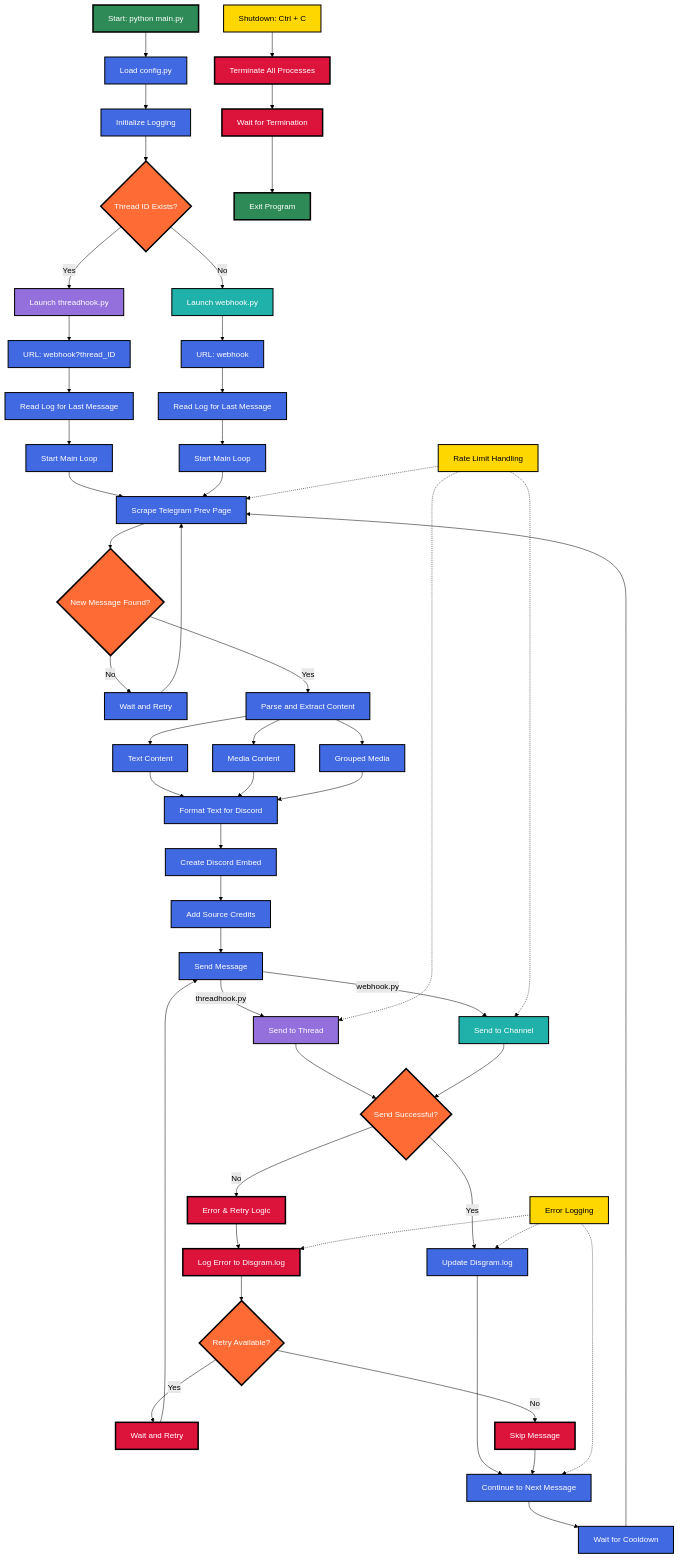
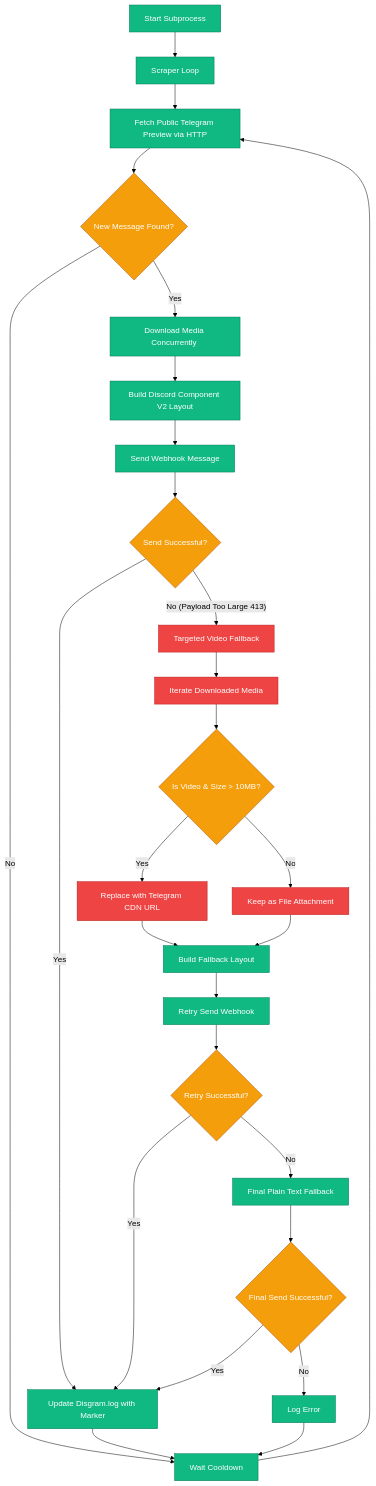
One commit to Telecord-Disgram/NaviaMains-HSRFeed changed the second of 4 diagrams in README.md. Above: the diagram before and after it, drawn with Mermaid (forest theme). The commit also changed other lines of this file, not shown here.

````diff
--- a/README.md
+++ b/README.md
@@ -6,81 +54,40 @@
 ```mermaid
-flowchart TD
-    A[Start: python main.py] --> B[Load config.py]
-    B --> C[Initialize Logging]
-    C --> D{Thread ID Exists?}
-    D --> |Yes| E[Launch threadhook.py]
-    D --> |No| F[Launch webhook.py]
+graph TD
+    Startbot[Start Subprocess] --> ScraperLoop[Scraper Loop]
+    ScraperLoop --> FetchTG[Fetch Public Telegram Preview via HTTP]
+    FetchTG --> ParseTG{New Message Found?}
+    ParseTG -- No --> Cooldown[Wait Cooldown]
+    Cooldown --> FetchTG
     
-    %% threadhook.py workflow
-    E --> G1[URL: webhook?thread_ID]
-    G1 --> H1[Read Log for Last Message]
-    H1 --> I1[Start Main Loop]
+    ParseTG -- Yes --> GetMedia[Download Media Concurrently <max 8 workers>]
+    GetMedia --> BuildLayout[Build Discord Component V2 Layout]
+    BuildLayout --> SendWebhook[Send Webhook Message]
+    
+    SendWebhook --> Success{Send Successful?}
+    Success -- Yes --> UpdateLog[Update Disgram.log with Marker]
+    UpdateLog --> Cooldown
+    
+    Success -- No (Payload Too Large 413) --> ApplyFallback[Targeted Video Fallback]
+    ApplyFallback --> LoopMedia[Iterate Downloaded Media]
+    LoopMedia --> ExcludeVideos{Is Video & Size > 10MB?}
+    ExcludeVideos -- Yes --> ReplaceWithCDN[Replace with Telegram CDN URL]
+    ExcludeVideos -- No --> KeepAttachment[Keep as File Attachment]
+    ReplaceWithCDN --> BuildFallbackLayout[Build Fallback Layout]
+    KeepAttachment --> BuildFallbackLayout
+    BuildFallbackLayout --> RetryWebhook[Retry Send Webhook]
+    
+    RetryWebhook --> SuccessFallback{Retry Successful?}
+    SuccessFallback -- Yes --> UpdateLog
+    SuccessFallback -- No --> PlainTextFallback[Final Plain Text Fallback]
+    PlainTextFallback --> SuccessFinal{Final Send Successful?}
+    SuccessFinal -- Yes --> UpdateLog
+    SuccessFinal -- No --> LogError[Log Error]
+    LogError --> Cooldown
 
-    %% webhook.py workflow
-    F --> G2[URL: webhook]
-    G2 --> H2[Read Log for Last Message]
-    H2 --> I2[Start Main Loop]
-    
-    %% Common workflow for both scripts
-    I1 --> J[Scrape Telegram Prev Page]
-    I2 --> J
-    J --> K{New Message Found?}
-    K --> |No| L[Wait and Retry]
-    L --> J
-    K --> |Yes| M[Parse and Extract Content]
-    M --> N[Text Content]
-    M --> O[Media Content] 
-    M --> P[Grouped Media]
-    N --> Q[Format Text for Discord]
-    O --> Q
-    P --> Q
-    Q --> R[Create Discord Embed]
-    R --> S[Add Source Credits]
-    S --> T[Send Message]
-    T --> |threadhook.py| U[Send to Thread]
-    T --> |webhook.py| V[Send to Channel]
-    U --> W{Send Successful?}
-    V --> W
-    W --> |No| X[Error & Retry Logic]
-    X --> Y[Log Error to Disgram.log]
-    Y --> Z{Retry Available?}
-    Z --> |Yes| AA[Wait and Retry]
-    AA --> T
-    Z --> |No| AB[Skip Message]
-    W --> |Yes| AC[Update Disgram.log]
-    AC --> AD[Continue to Next Message]
-    AB --> AD
-    AD --> AE[Wait for Cooldown]
-    AE --> J
-
-    %% Error Logging
-    AF[Error Logging] -.-> Y
-    AF -.-> AC
-    AF -.-> AD
-
-    %% Rate Limit Handling
-    AG[Rate Limit Handling] -.-> U
-    AG -.-> J
-    AG -.-> V
-
-    %% Shutdown
-    AH[Shutdown: Ctrl + C] --> AI[Terminate All Processes]
-    AI --> AJ[Wait for Termination]
-    AJ --> AK[Exit Program]
-
-    classDef startEnd fill:#2E8B57,stroke:#000,stroke-width:3px,color:#fff
-    classDef process fill:#4169E1,stroke:#000,stroke-width:2px,color:#fff
-    classDef decision fill:#FF6B35,stroke:#000,stroke-width:3px,color:#fff
-    classDef error fill:#DC143C,stroke:#000,stroke-width:3px,color:#fff
-    classDef support fill:#FFD700,stroke:#000,stroke-width:2px,color:#000
-    classDef thread fill:#9370DB,stroke:#000,stroke-width:2px,color:#fff
-    classDef channel fill:#20B2AA,stroke:#000,stroke-width:2px,color:#fff
-    
-    class A,AK startEnd
-    class B,C,G1,G2,H1,H2,I1,I2,J,L,M,N,O,P,Q,R,S,T,AC,AD,AE process
-    class D,K,W,Z decision
-    class X,Y,AA,AB,AI,AJ error
-    class AF,AG,AH support
-    class E,U thread
-    class F,V channel
+    classDef loop fill:#10b981,stroke:#047857,color:#fff
+    classDef decis fill:#f59e0b,stroke:#b45309,color:#fff
+    classDef fallback fill:#ef4444,stroke:#b91c1c,color:#fff
+    class Startbot,ScraperLoop,FetchTG,Cooldown,GetMedia,BuildLayout,SendWebhook,UpdateLog,BuildFallbackLayout,RetryWebhook,PlainTextFallback,LogError loop
+    class ParseTG,Success,ExcludeVideos,SuccessFallback,SuccessFinal decis
+    class ApplyFallback,LoopMedia,ReplaceWithCDN,KeepAttachment fallback
 ```
````
